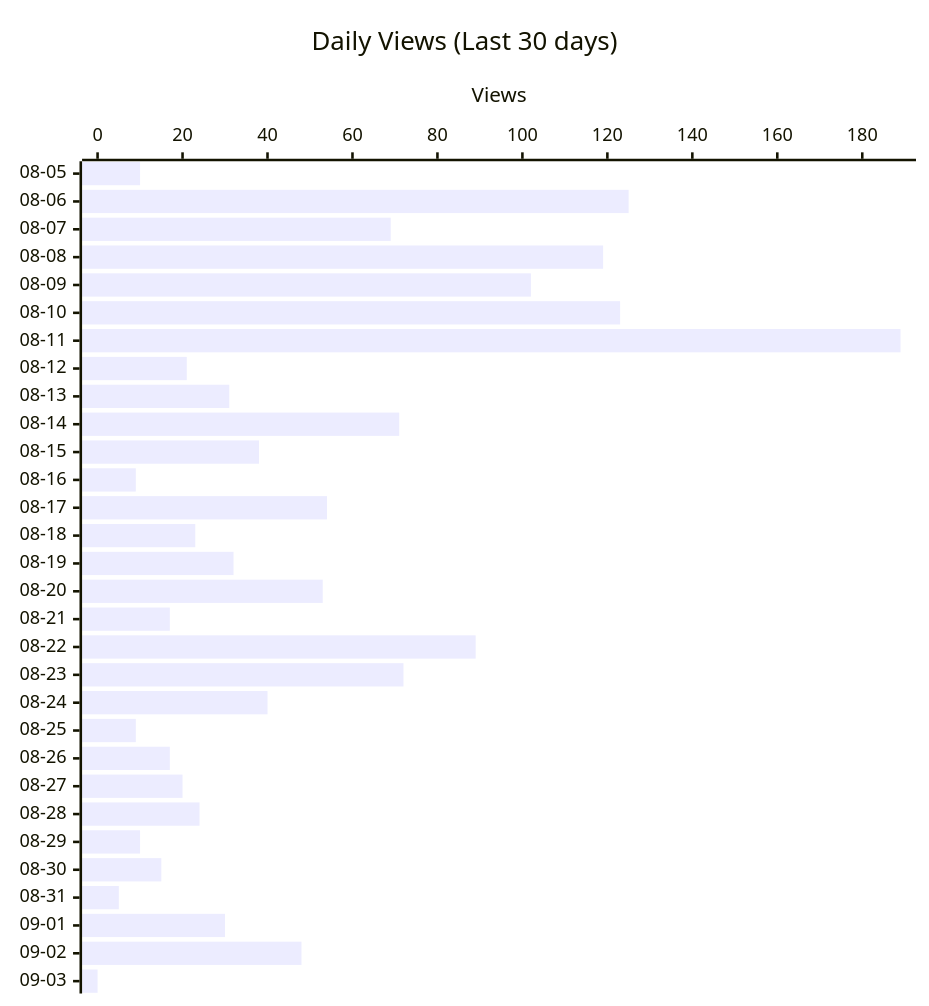
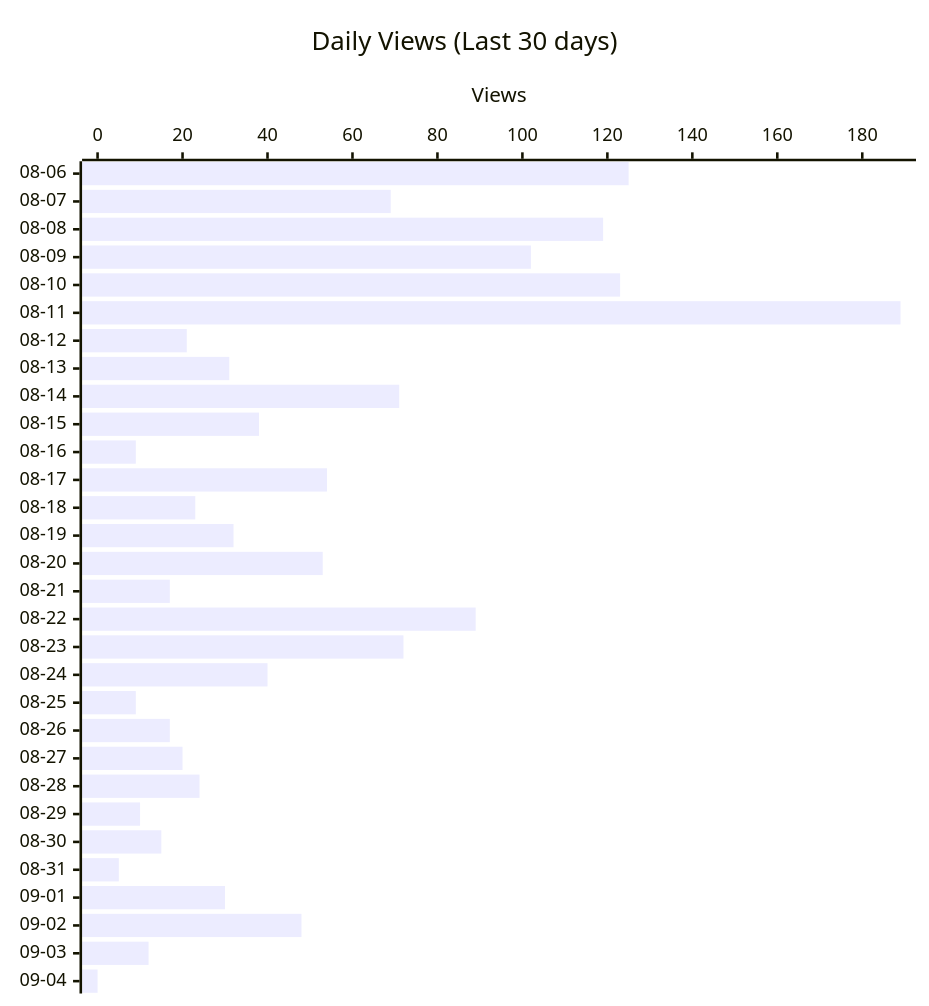
Before and after one commit to shigechika/github-insights: the second of 4 diagrams in README.md, drawn with Mermaid. The commit also changed other lines of this file and 2 other files, not shown here.

````diff
--- a/README.md
+++ b/README.md
@@ -28,12 +28,12 @@
 ```mermaid
 ---
 config:
   xyChart:
     height: 760
 ---
 xychart-beta horizontal
     title "Daily Views (Last 30 days)"
-    x-axis ["08-05", "08-06", "08-07", "08-08", "08-09", "08-10", "08-11", "08-12", "08-13", "08-14", "08-15", "08-16", "08-17", "08-18", "08-19", "08-20", "08-21", "08-22", "08-23", "08-24", "08-25", "08-26", "08-27", "08-28", "08-29", "08-30", "08-31", "09-01", "09-02", "09-03"]
+    x-axis ["08-06", "08-07", "08-08", "08-09", "08-10", "08-11", "08-12", "08-13", "08-14", "08-15", "08-16", "08-17", "08-18", "08-19", "08-20", "08-21", "08-22", "08-23", "08-24", "08-25", "08-26", "08-27", "08-28", "08-29", "08-30", "08-31", "09-01", "09-02", "09-03", "09-04"]
     y-axis "Views"
-    bar [10, 125, 69, 119, 102, 123, 189, 21, 31, 71, 38, 9, 54, 23, 32, 53, 17, 89, 72, 40, 9, 17, 20, 24, 10, 15, 5, 30, 48, 0]
+    bar [125, 69, 119, 102, 123, 189, 21, 31, 71, 38, 9, 54, 23, 32, 53, 17, 89, 72, 40, 9, 17, 20, 24, 10, 15, 5, 30, 48, 12, 0]
 ```
````
